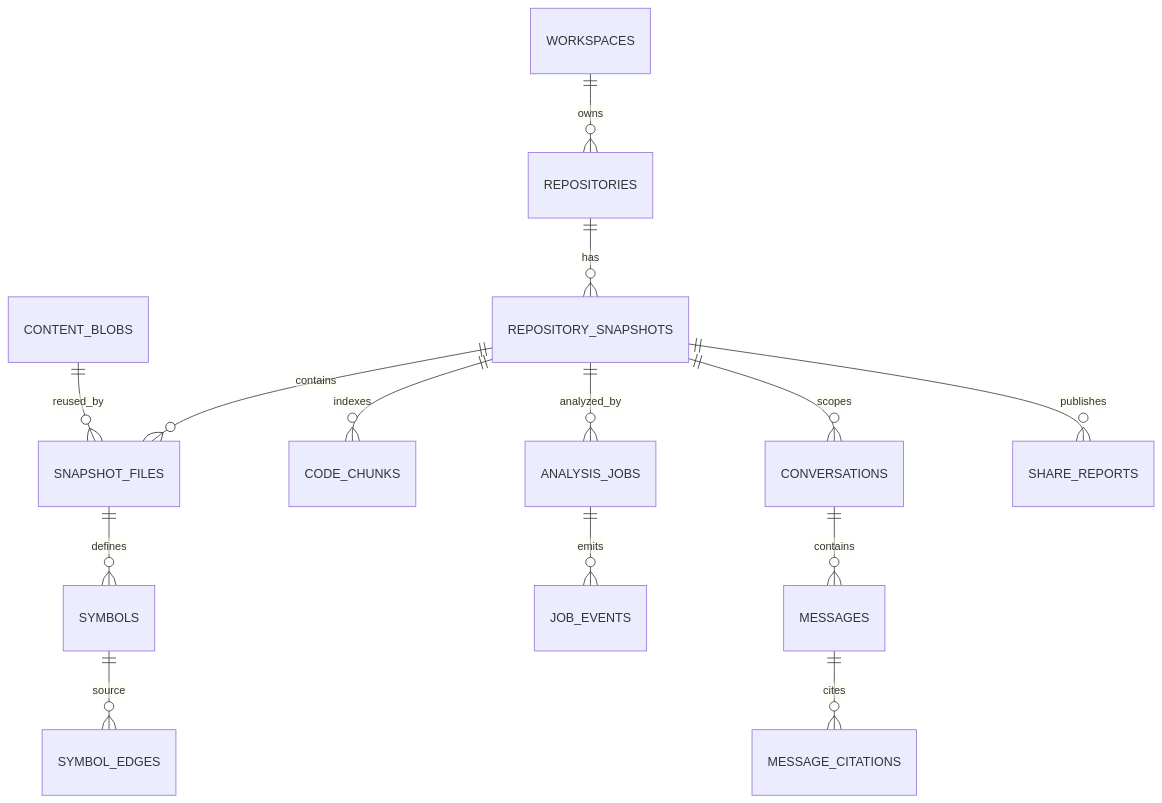
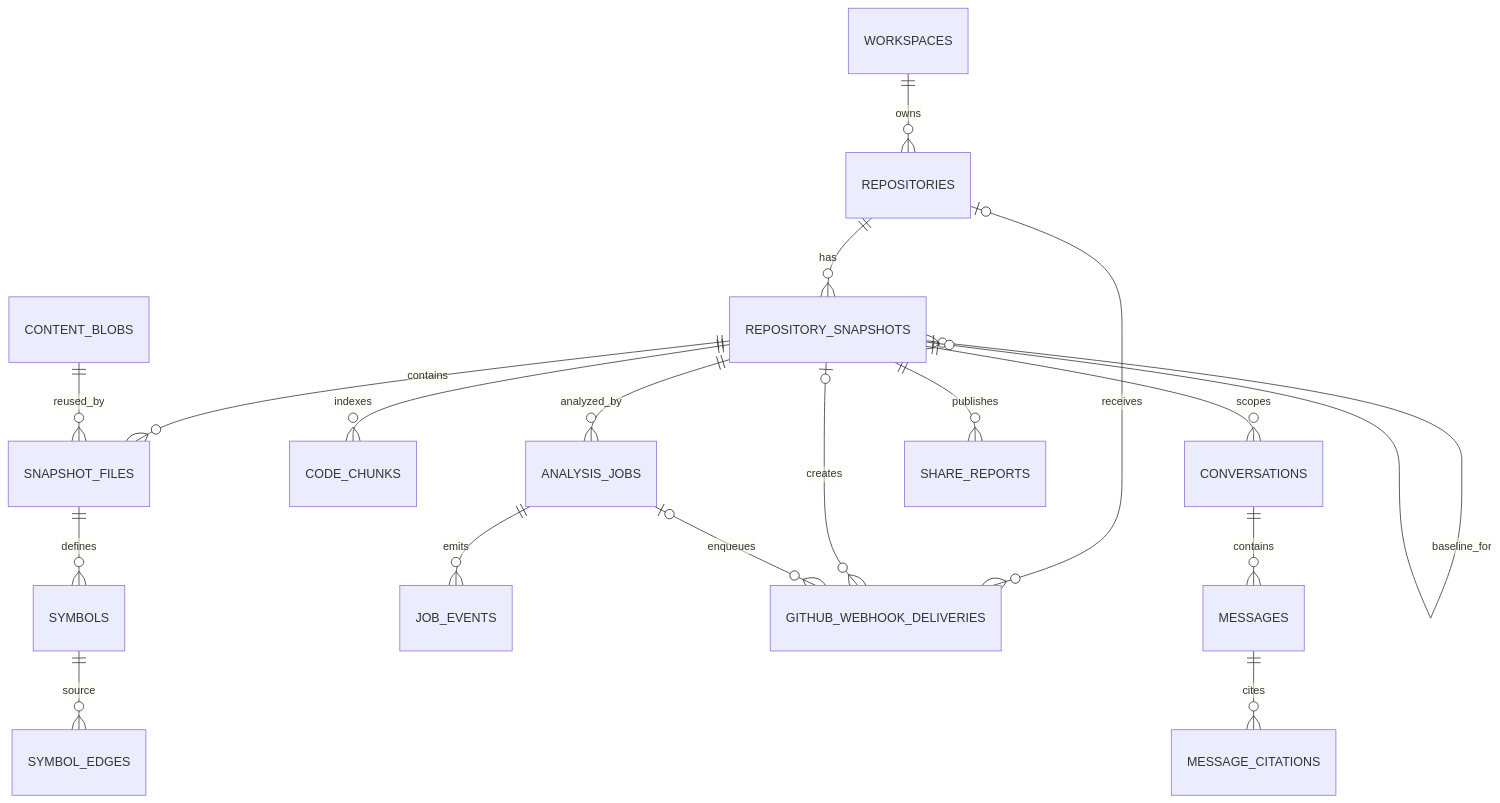
Before and after one commit to githubyangjiaxun/repovista: the diagram in docs/database/数据库设计.md, drawn with Mermaid. The commit also changed other lines of this file and 22 other files, not shown here.

````diff
--- a/docs/database/数据库设计.md
+++ b/docs/database/数据库设计.md
@@ -62,16 +70,20 @@
 ```mermaid
 erDiagram
     WORKSPACES ||--o{ REPOSITORIES : owns
     REPOSITORIES ||--o{ REPOSITORY_SNAPSHOTS : has
+    REPOSITORY_SNAPSHOTS o|--o{ REPOSITORY_SNAPSHOTS : baseline_for
     REPOSITORY_SNAPSHOTS ||--o{ SNAPSHOT_FILES : contains
     CONTENT_BLOBS ||--o{ SNAPSHOT_FILES : reused_by
     SNAPSHOT_FILES ||--o{ SYMBOLS : defines
     SYMBOLS ||--o{ SYMBOL_EDGES : source
     REPOSITORY_SNAPSHOTS ||--o{ CODE_CHUNKS : indexes
     REPOSITORY_SNAPSHOTS ||--o{ ANALYSIS_JOBS : analyzed_by
     ANALYSIS_JOBS ||--o{ JOB_EVENTS : emits
+    REPOSITORIES o|--o{ GITHUB_WEBHOOK_DELIVERIES : receives
+    REPOSITORY_SNAPSHOTS o|--o{ GITHUB_WEBHOOK_DELIVERIES : creates
+    ANALYSIS_JOBS o|--o{ GITHUB_WEBHOOK_DELIVERIES : enqueues
     REPOSITORY_SNAPSHOTS ||--o{ CONVERSATIONS : scopes
     CONVERSATIONS ||--o{ MESSAGES : contains
     MESSAGES ||--o{ MESSAGE_CITATIONS : cites
     REPOSITORY_SNAPSHOTS ||--o{ SHARE_REPORTS : publishes
 ```
````
